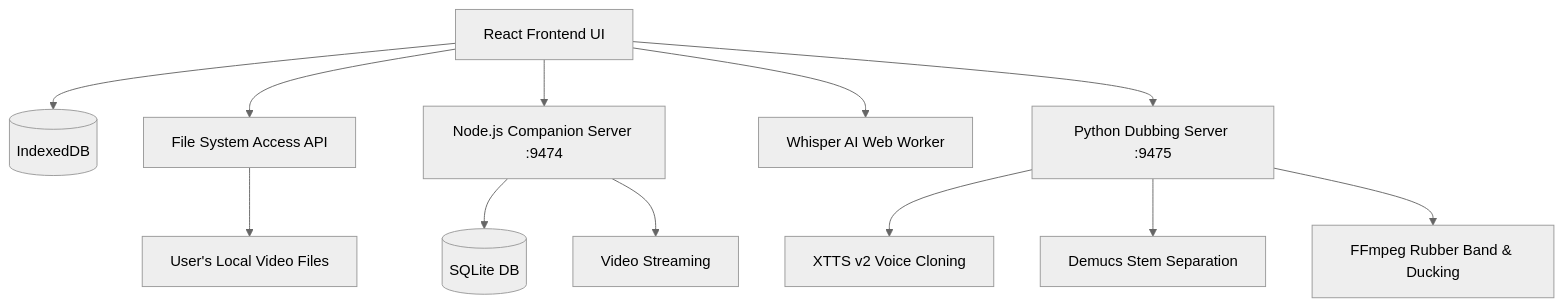
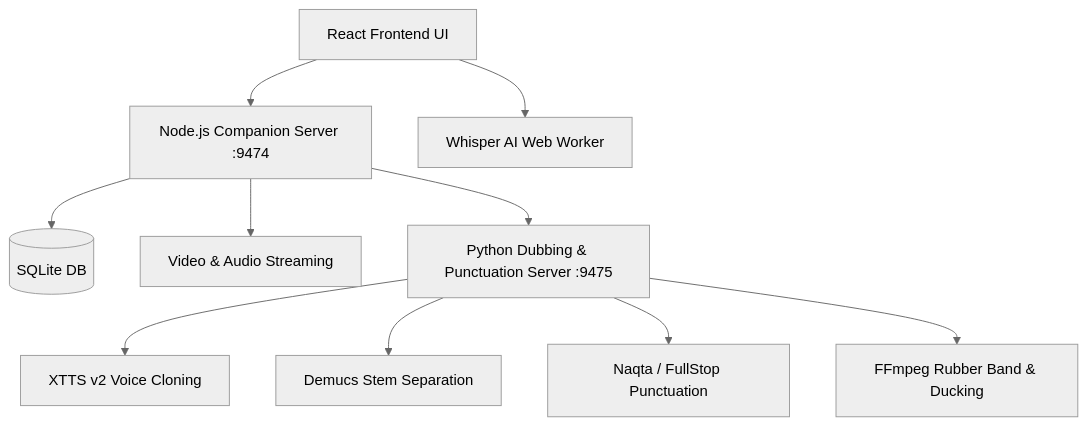
Before and after one commit to noureldenadel/TutIn: the first of 2 diagrams in docs/DOCUMENTATION.md, drawn with Mermaid (neutral theme). The commit also changed other lines of this file and 18 other files, not shown here.

````diff
--- a/docs/DOCUMENTATION.md
+++ b/docs/DOCUMENTATION.md
@@ -94,14 +102,12 @@
 ```mermaid
 graph TD
-    UI[React Frontend UI] --> IDB[(IndexedDB)]
-    UI --> FSA[File System Access API]
-    FSA --> LocalFiles[User's Local Video Files]
-    UI --> CompanionServer[Node.js Companion Server :9474]
-    CompanionServer --> SQLite[(SQLite DB)]
-    CompanionServer --> Stream[Video Streaming]
+    UI[React Frontend UI] --> NodeServer[Node.js Companion Server :9474]
     UI --> WebWorker[Whisper AI Web Worker]
-    UI --> PythonServer[Python Dubbing Server :9475]
-    PythonServer --> XTTS[XTTS v2 Voice Cloning]
-    PythonServer --> Demucs[Demucs Stem Separation]
-    PythonServer --> RubberBand[FFmpeg Rubber Band & Ducking]
+    NodeServer --> SQLite[(SQLite DB)]
+    NodeServer --> Stream[Video & Audio Streaming]
+    NodeServer --> PyServer[Python Dubbing & Punctuation Server :9475]
+    PyServer --> XTTS[XTTS v2 Voice Cloning]
+    PyServer --> Demucs[Demucs Stem Separation]
+    PyServer --> PunctPipe[Naqta / FullStop Punctuation]
+    PyServer --> RubberBand[FFmpeg Rubber Band & Ducking]
 ```
````
